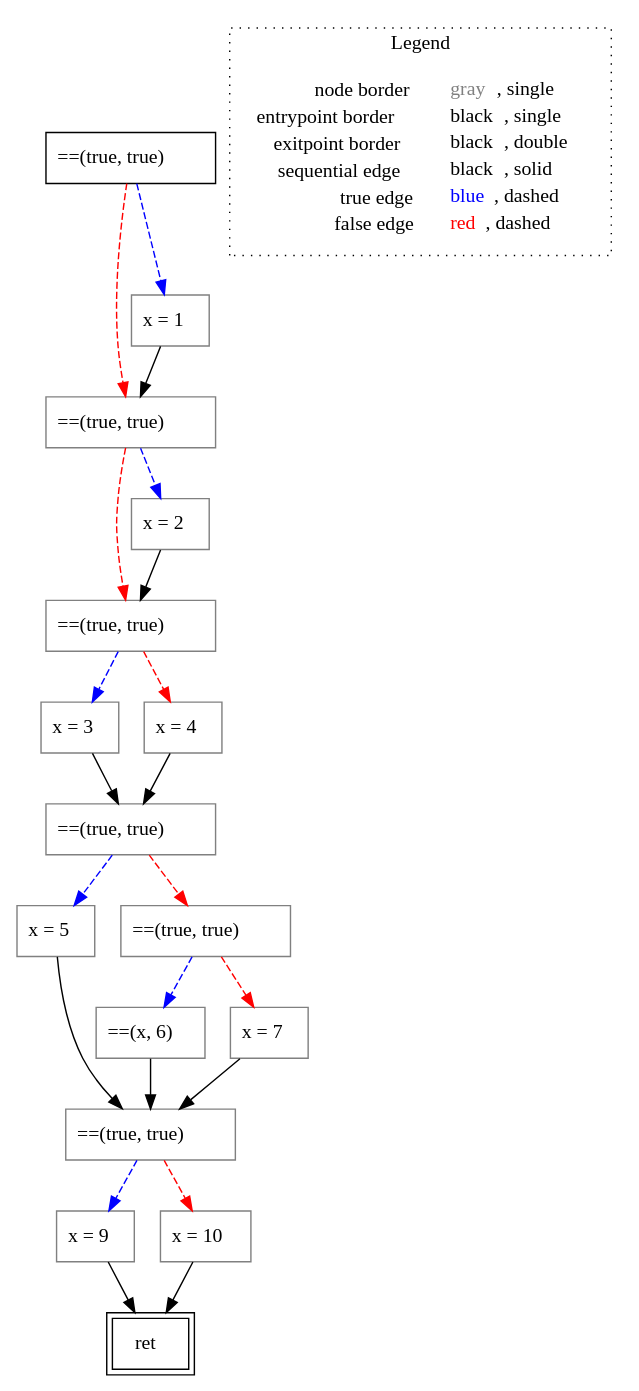
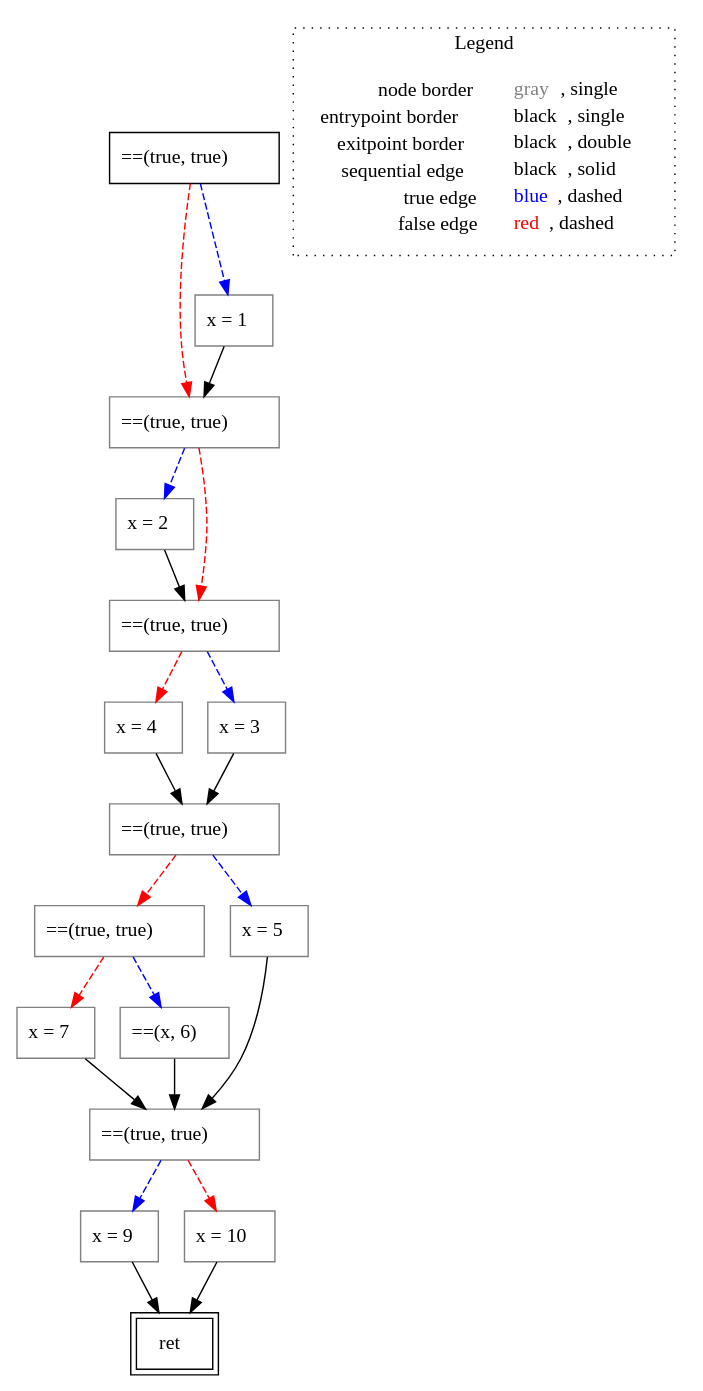
One commit to VincenzoArceri/rust-lisa changed the diagram in rust-lisa/rust-testcases/cfg/more-than-one-if/untyped_rust-testcases_cfg_more-than-one-if_more-than-one-if.rs.main().dot. Above: the diagram before and after it, drawn with Graphviz. The commit also changed 5 other files, not shown here.

```diff
--- a/rust-lisa/rust-testcases/cfg/more-than-one-if/untyped_rust-testcases_cfg_more-than-one-if_more-than-one-if.rs.main().dot
+++ b/rust-lisa/rust-testcases/cfg/more-than-one-if/untyped_rust-testcases_cfg_more-than-one-if_more-than-one-if.rs.main().dot
@@ -1,46 +1,46 @@
 digraph {
 	"node0" [shape="rect",color="black",label=<==(true, true)>];
-	"node1" [shape="rect",color="gray",label=<x = 9>];
+	"node1" [shape="rect",color="gray",label=<x = 4>];
 	"node2" [shape="rect",color="black",peripheries="2",label=<ret>];
-	"node3" [shape="rect",color="gray",label=<==(true, true)>];
-	"node4" [shape="rect",color="gray",label=<x = 3>];
-	"node5" [shape="rect",color="gray",label=<x = 10>];
+	"node3" [shape="rect",color="gray",label=<x = 2>];
+	"node4" [shape="rect",color="gray",label=<==(true, true)>];
+	"node5" [shape="rect",color="gray",label=<x = 7>];
 	"node6" [shape="rect",color="gray",label=<==(true, true)>];
-	"node7" [shape="rect",color="gray",label=<x = 4>];
-	"node8" [shape="rect",color="gray",label=<==(true, true)>];
-	"node9" [shape="rect",color="gray",label=<x = 5>];
-	"node10" [shape="rect",color="gray",label=<==(x, 6)>];
-	"node11" [shape="rect",color="gray",label=<x = 2>];
-	"node12" [shape="rect",color="gray",label=<x = 7>];
-	"node13" [shape="rect",color="gray",label=<==(true, true)>];
-	"node14" [shape="rect",color="gray",label=<x = 1>];
+	"node7" [shape="rect",color="gray",label=<x = 1>];
+	"node8" [shape="rect",color="gray",label=<==(x, 6)>];
+	"node9" [shape="rect",color="gray",label=<==(true, true)>];
+	"node10" [shape="rect",color="gray",label=<x = 5>];
+	"node11" [shape="rect",color="gray",label=<==(true, true)>];
+	"node12" [shape="rect",color="gray",label=<x = 9>];
+	"node13" [shape="rect",color="gray",label=<x = 3>];
+	"node14" [shape="rect",color="gray",label=<x = 10>];
 	"node15" [shape="rect",color="gray",label=<==(true, true)>];
-	"node1" -> "node2" [color="black"];
-	"node3" -> "node1" [color="blue",style="dashed"];
-	"node3" -> "node5" [color="red",style="dashed"];
-	"node4" -> "node8" [color="black"];
-	"node5" -> "node2" [color="black"];
-	"node6" -> "node4" [color="blue",style="dashed"];
-	"node6" -> "node7" [color="red",style="dashed"];
-	"node7" -> "node8" [color="black"];
-	"node8" -> "node9" [color="blue",style="dashed"];
-	"node8" -> "node15" [color="red",style="dashed"];
-	"node9" -> "node3" [color="black"];
-	"node0" -> "node13" [color="red",style="dashed"];
-	"node0" -> "node14" [color="blue",style="dashed"];
-	"node10" -> "node3" [color="black"];
-	"node11" -> "node6" [color="black"];
-	"node12" -> "node3" [color="black"];
-	"node13" -> "node11" [color="blue",style="dashed"];
-	"node13" -> "node6" [color="red",style="dashed"];
-	"node14" -> "node13" [color="black"];
-	"node15" -> "node10" [color="blue",style="dashed"];
-	"node15" -> "node12" [color="red",style="dashed"];
+	"node1" -> "node9" [color="black"];
+	"node3" -> "node11" [color="black"];
+	"node4" -> "node3" [color="blue",style="dashed"];
+	"node4" -> "node11" [color="red",style="dashed"];
+	"node0" -> "node4" [color="red",style="dashed"];
+	"node0" -> "node7" [color="blue",style="dashed"];
+	"node5" -> "node15" [color="black"];
+	"node6" -> "node5" [color="red",style="dashed"];
+	"node6" -> "node8" [color="blue",style="dashed"];
+	"node7" -> "node4" [color="black"];
+	"node8" -> "node15" [color="black"];
+	"node9" -> "node10" [color="blue",style="dashed"];
+	"node9" -> "node6" [color="red",style="dashed"];
+	"node10" -> "node15" [color="black"];
+	"node11" -> "node1" [color="red",style="dashed"];
+	"node11" -> "node13" [color="blue",style="dashed"];
+	"node12" -> "node2" [color="black"];
+	"node13" -> "node9" [color="black"];
+	"node14" -> "node2" [color="black"];
+	"node15" -> "node12" [color="blue",style="dashed"];
+	"node15" -> "node14" [color="red",style="dashed"];
 subgraph cluster_legend {
 	label="Legend";
 	style=dotted;
 	node [shape=plaintext];
 	"legend" [label=<<table border="0" cellpadding="2" cellspacing="0" cellborder="0"><tr><td align="right">node border&nbsp;</td><td align="left"><font color="gray">gray</font>, single</td></tr><tr><td align="right">entrypoint border&nbsp;</td><td align="left"><font color="black">black</font>, single</td></tr><tr><td align="right">exitpoint border&nbsp;</td><td align="left"><font color="black">black</font>, double</td></tr><tr><td align="right">sequential edge&nbsp;</td><td align="left"><font color="black">black</font>, solid</td></tr><tr><td align="right">true edge&nbsp;</td><td align="left"><font color="blue">blue</font>, dashed</td></tr><tr><td align="right">false edge&nbsp;</td><td align="left"><font color="red">red</font>, dashed</td></tr></table>>];
 }
 
 }
```
